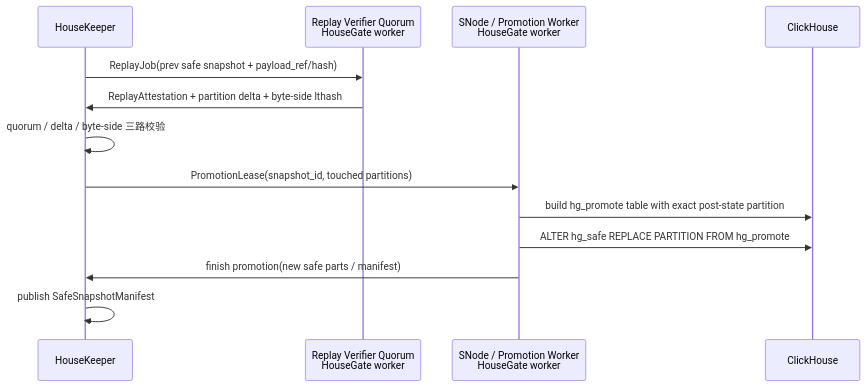
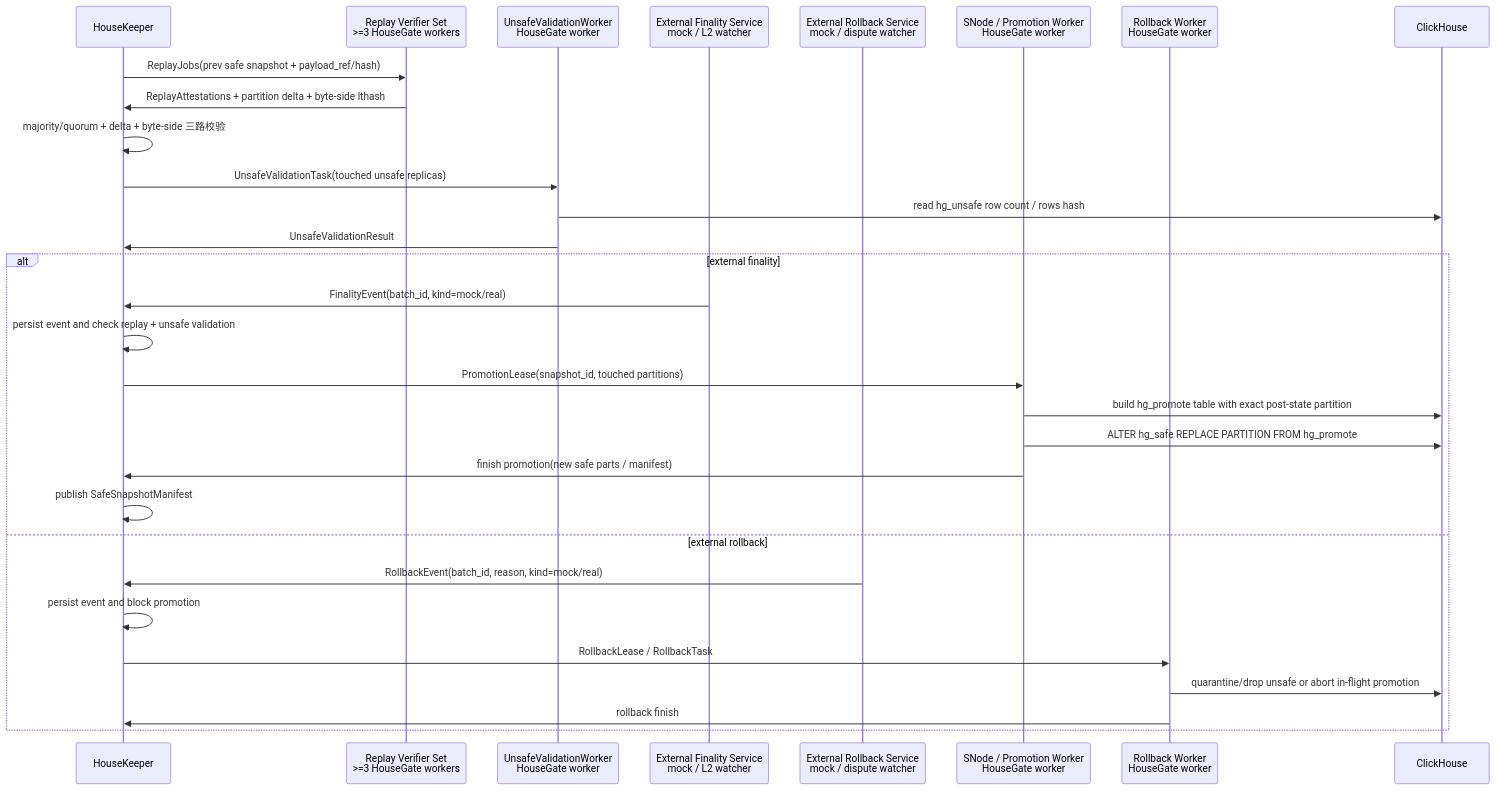
The second of 4 diagrams in docs/superpowers/specs/2026-06-25-housekeeper-storage-integrity-overall-design.zh-CN.md (housegate/housegate), drawn with Mermaid before and after one commit. The commit also changed other lines of this file and 27 other files, not shown here.

````diff
--- a/docs/superpowers/specs/2026-06-25-housekeeper-storage-integrity-overall-design.zh-CN.md
+++ b/docs/superpowers/specs/2026-06-25-housekeeper-storage-integrity-overall-design.zh-CN.md
@@ -378,16 +449,33 @@
 ```mermaid
 sequenceDiagram
   participant HK as HouseKeeper
-  participant V as Replay Verifier Quorum<br/>HouseGate worker
+  participant V as Replay Verifier Set<br/>>=3 HouseGate workers
+  participant UV as UnsafeValidationWorker<br/>HouseGate worker
+  participant F as External Finality Service<br/>mock / L2 watcher
+  participant R as External Rollback Service<br/>mock / dispute watcher
   participant SN as SNode / Promotion Worker<br/>HouseGate worker
+  participant RW as Rollback Worker<br/>HouseGate worker
   participant CH as ClickHouse
 
-  HK->>V: ReplayJob(prev safe snapshot + payload_ref/hash)
-  V->>HK: ReplayAttestation + partition delta + byte-side lthash
-  HK->>HK: quorum / delta / byte-side 三路校验
-  HK->>SN: PromotionLease(snapshot_id, touched partitions)
-  SN->>CH: build hg_promote table with exact post-state partition
-  SN->>CH: ALTER hg_safe REPLACE PARTITION FROM hg_promote
-  SN->>HK: finish promotion(new safe parts / manifest)
-  HK->>HK: publish SafeSnapshotManifest
+  HK->>V: ReplayJobs(prev safe snapshot + payload_ref/hash)
+  V->>HK: ReplayAttestations + partition delta + byte-side lthash
+  HK->>HK: majority/quorum + delta + byte-side 三路校验
+  HK->>UV: UnsafeValidationTask(touched unsafe replicas)
+  UV->>CH: read hg_unsafe row count / rows hash
+  UV->>HK: UnsafeValidationResult
+  alt external finality
+    F->>HK: FinalityEvent(batch_id, kind=mock/real)
+    HK->>HK: persist event and check replay + unsafe validation
+    HK->>SN: PromotionLease(snapshot_id, touched partitions)
+    SN->>CH: build hg_promote table with exact post-state partition
+    SN->>CH: ALTER hg_safe REPLACE PARTITION FROM hg_promote
+    SN->>HK: finish promotion(new safe parts / manifest)
+    HK->>HK: publish SafeSnapshotManifest
+  else external rollback
+    R->>HK: RollbackEvent(batch_id, reason, kind=mock/real)
+    HK->>HK: persist event and block promotion
+    HK->>RW: RollbackLease / RollbackTask
+    RW->>CH: quarantine/drop unsafe or abort in-flight promotion
+    RW->>HK: rollback finish
+  end
 ```
````
